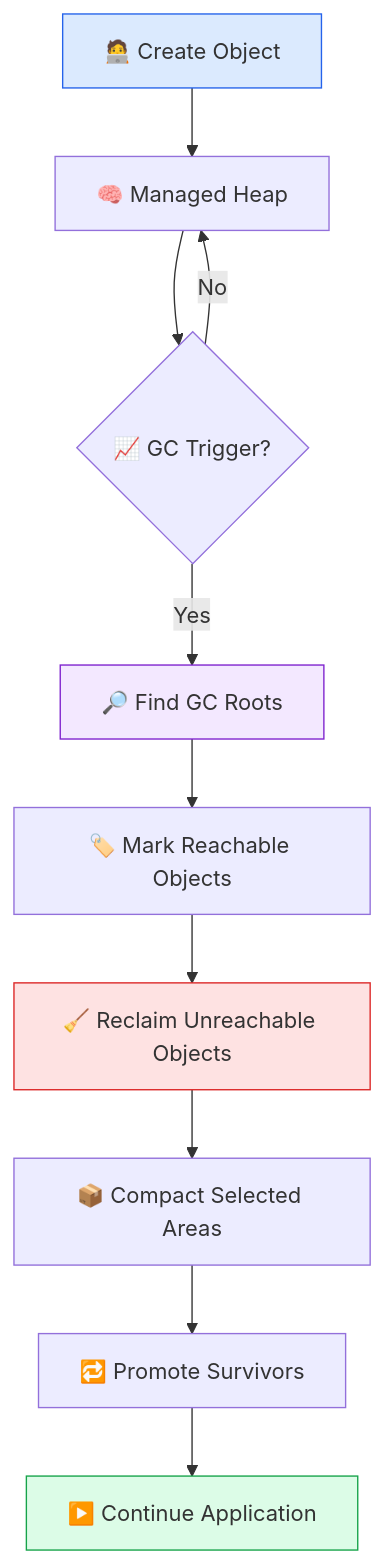
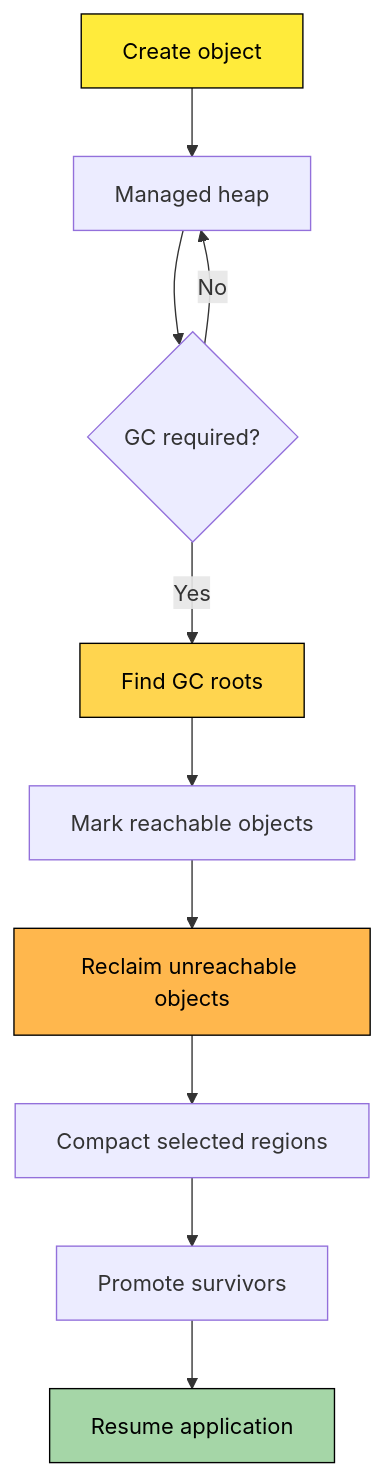
Before and after one commit to azam123/Engineering-Interview-Prep: the first of 6 diagrams in 01A-CSharp-Internal-Working-Visual-QA.md, drawn with Mermaid. The commit also changed other lines of this file, not shown here.

````diff
--- a/01A-CSharp-Internal-Working-Visual-QA.md
+++ b/01A-CSharp-Internal-Working-Visual-QA.md
@@ -20,16 +20,16 @@
 ```mermaid
 flowchart TD
-    A[🧑‍💻 Create Object] --> B[🧠 Managed Heap]
-    B --> C{📈 GC Trigger?}
+    A[Create object] --> B[Managed heap]
+    B --> C{GC required?}
     C -- No --> B
-    C -- Yes --> D[🔎 Find GC Roots]
-    D --> E[🏷️ Mark Reachable Objects]
-    E --> F[🧹 Reclaim Unreachable Objects]
-    F --> G[📦 Compact Selected Areas]
-    G --> H[🔁 Promote Survivors]
-    H --> I[▶️ Continue Application]
-    style A fill:#dbeafe,stroke:#2563eb
-    style D fill:#f3e8ff,stroke:#7e22ce
-    style F fill:#fee2e2,stroke:#dc2626
-    style I fill:#dcfce7,stroke:#16a34a
+    C -- Yes --> D[Find GC roots]
+    D --> E[Mark reachable objects]
+    E --> F[Reclaim unreachable objects]
+    F --> G[Compact selected regions]
+    G --> H[Promote survivors]
+    H --> I[Resume application]
+    style A fill:#ffeb3b,color:#000,stroke:#000
+    style D fill:#ffd54f,color:#000,stroke:#000
+    style F fill:#ffb74d,color:#000,stroke:#000
+    style I fill:#a5d6a7,color:#000,stroke:#000
 ```
````
